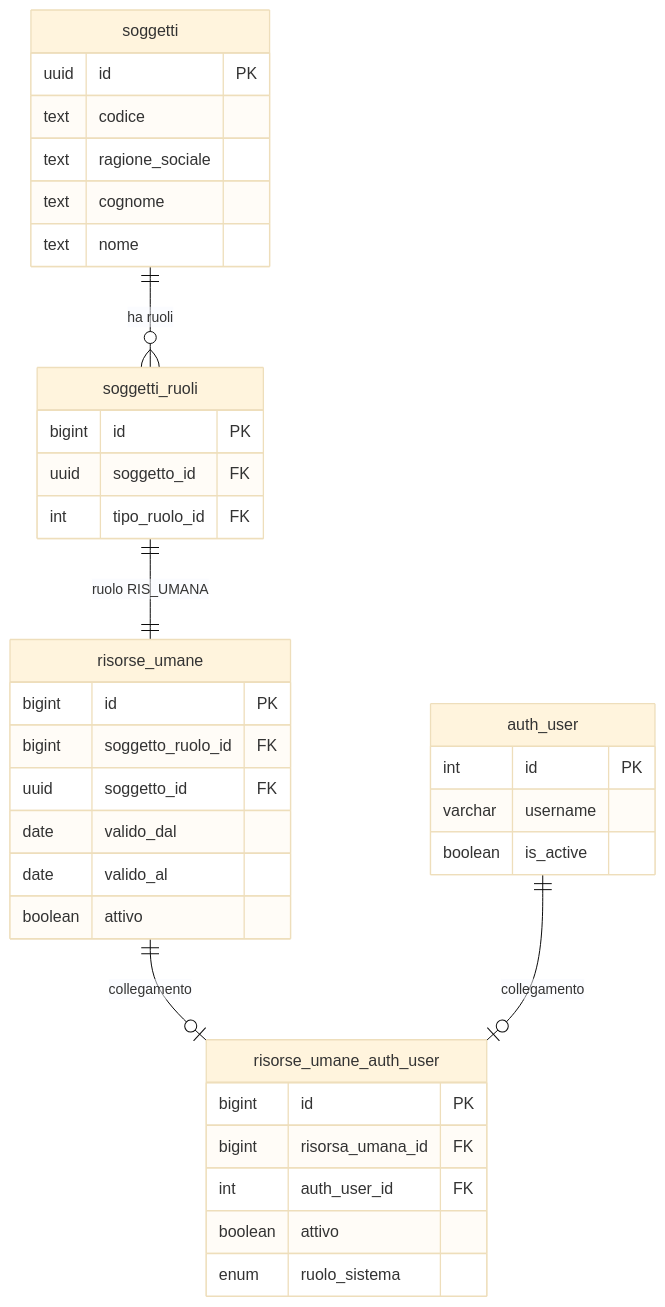
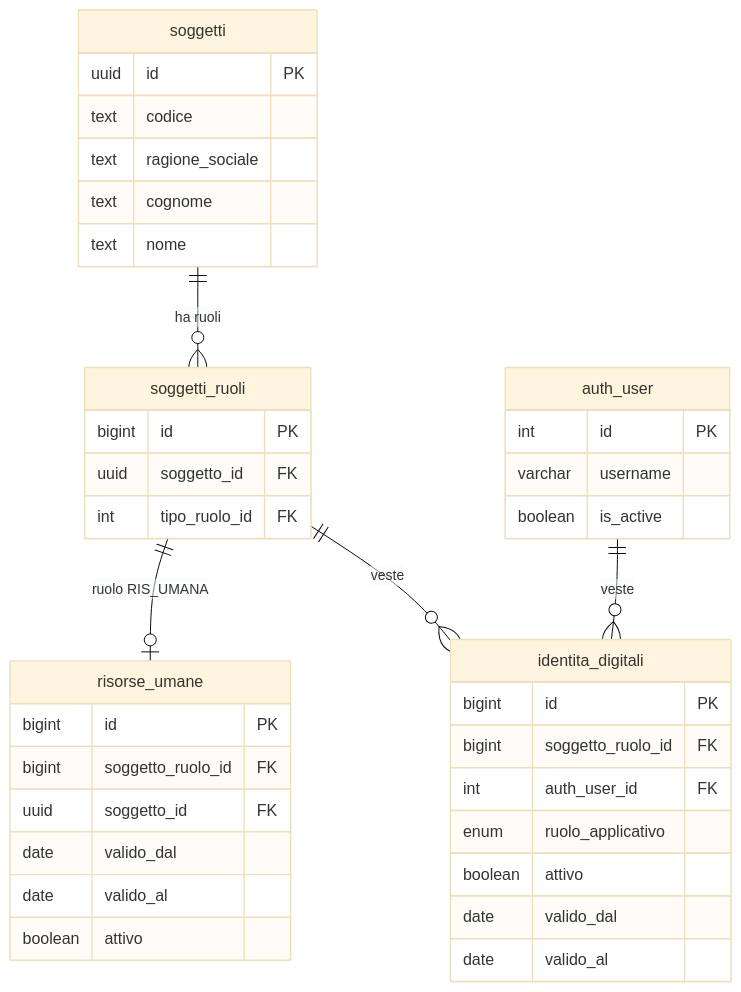
Before and after one commit to Tito-it/ZeroErp: the first of 2 diagrams in docs/it/guide/risorse-umane-e-accessi.md, drawn with Mermaid (base theme). The commit also changed other lines of this file and 72 other files, not shown here.

````diff
--- a/docs/it/guide/risorse-umane-e-accessi.md
+++ b/docs/it/guide/risorse-umane-e-accessi.md
@@ -563,44 +516,46 @@
 ```mermaid
 erDiagram
     soggetti {
         uuid id PK
         text codice
         text ragione_sociale
         text cognome
         text nome
     }
 
     soggetti_ruoli {
         bigint id PK
         uuid soggetto_id FK
         int tipo_ruolo_id FK
     }
 
     risorse_umane {
         bigint id PK
         bigint soggetto_ruolo_id FK
         uuid soggetto_id FK
         date valido_dal
         date valido_al
         boolean attivo
     }
 
-    risorse_umane_auth_user {
+    identita_digitali {
         bigint id PK
-        bigint risorsa_umana_id FK
+        bigint soggetto_ruolo_id FK
         int auth_user_id FK
+        enum ruolo_applicativo
         boolean attivo
-        enum ruolo_sistema
+        date valido_dal
+        date valido_al
     }
 
     auth_user {
         int id PK
         varchar username
         boolean is_active
     }
 
     soggetti ||--o{ soggetti_ruoli : "ha ruoli"
-    soggetti_ruoli ||--|| risorse_umane : "ruolo RIS_UMANA"
-    risorse_umane ||--o| risorse_umane_auth_user : "collegamento"
-    auth_user ||--o| risorse_umane_auth_user : "collegamento"
+    soggetti_ruoli ||--o| risorse_umane : "ruolo RIS_UMANA"
+    soggetti_ruoli ||--o{ identita_digitali : "veste"
+    auth_user ||--o{ identita_digitali : "veste"
 ```
````
